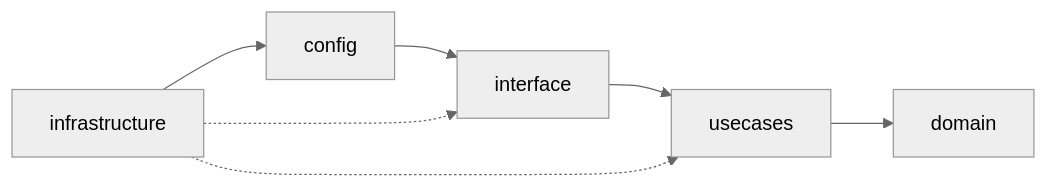
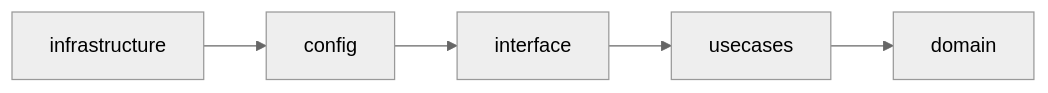
One commit to thiramet27/golang-clean-code-architecture changed the third of 4 diagrams in README.md. Above: the diagram before and after it, drawn with Mermaid (neutral theme). The commit also changed other lines of this file, not shown here.

````diff
--- a/README.md
+++ b/README.md
@@ -92,6 +117,4 @@
 ```mermaid
 flowchart LR
     infrastructure --> config --> interface --> usecases --> domain
-    infrastructure -.-> interface
-    infrastructure -.-> usecases
 ```
````
